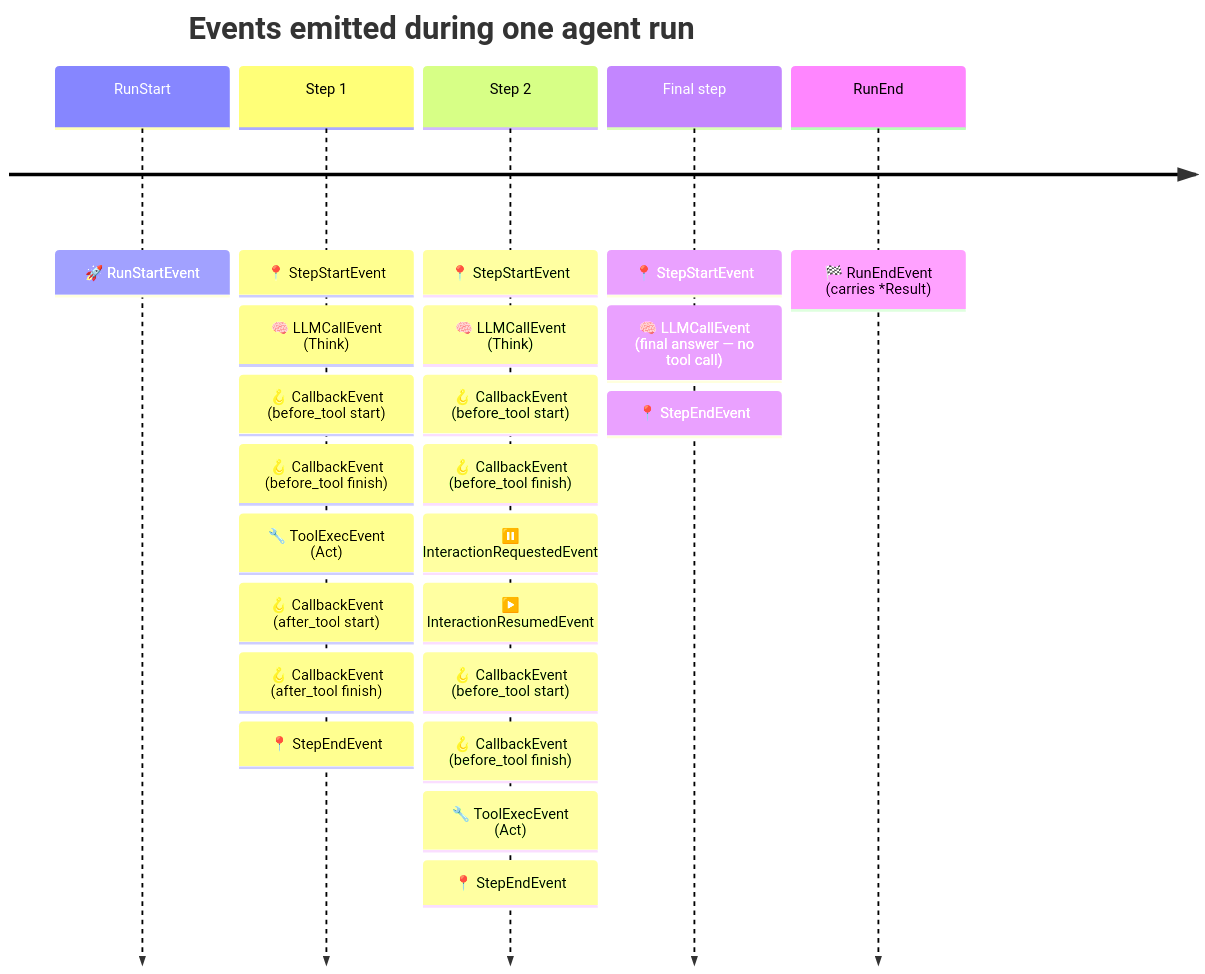
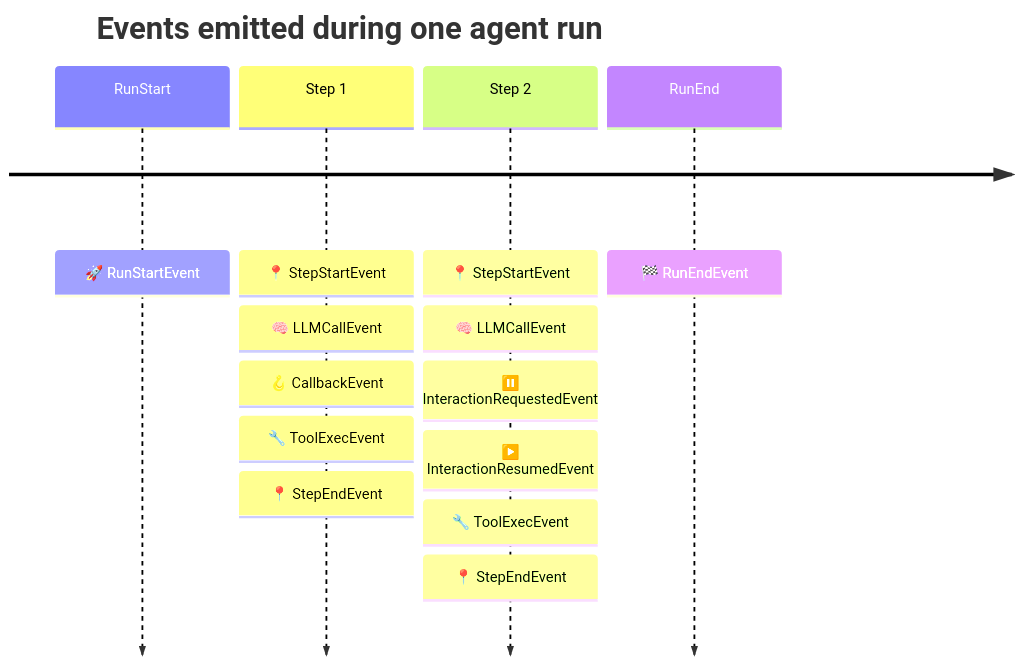
One commit to v8tix/react-agent changed the seventh of 13 diagrams in README.md. Above: the diagram before and after it, drawn with Mermaid. The commit also changed other lines of this file and 15 other files, not shown here.

````diff
--- a/README.md
+++ b/README.md
@@ -268,27 +397,17 @@
 ```mermaid
 timeline
     title Events emitted during one agent run
     RunStart    : 🚀 RunStartEvent
     Step 1      : 📍 StepStartEvent
-                : 🧠 LLMCallEvent (Think)
-                : 🪝 CallbackEvent (before_tool start)
-                : 🪝 CallbackEvent (before_tool finish)
-                : 🔧 ToolExecEvent (Act)
-                : 🪝 CallbackEvent (after_tool start)
-                : 🪝 CallbackEvent (after_tool finish)
+                : 🧠 LLMCallEvent
+                : 🪝 CallbackEvent
+                : 🔧 ToolExecEvent
                 : 📍 StepEndEvent
     Step 2      : 📍 StepStartEvent
-                : 🧠 LLMCallEvent (Think)
-                : 🪝 CallbackEvent (before_tool start)
-                : 🪝 CallbackEvent (before_tool finish)
+                : 🧠 LLMCallEvent
                 : ⏸️ InteractionRequestedEvent
                 : ▶️ InteractionResumedEvent
-                : 🪝 CallbackEvent (before_tool start)
-                : 🪝 CallbackEvent (before_tool finish)
-                : 🔧 ToolExecEvent (Act)
+                : 🔧 ToolExecEvent
                 : 📍 StepEndEvent
-    Final step  : 📍 StepStartEvent
-                : 🧠 LLMCallEvent (final answer — no tool call)
-                : 📍 StepEndEvent
-    RunEnd      : 🏁 RunEndEvent (carries *Result)
+    RunEnd      : 🏁 RunEndEvent
 ```
````
